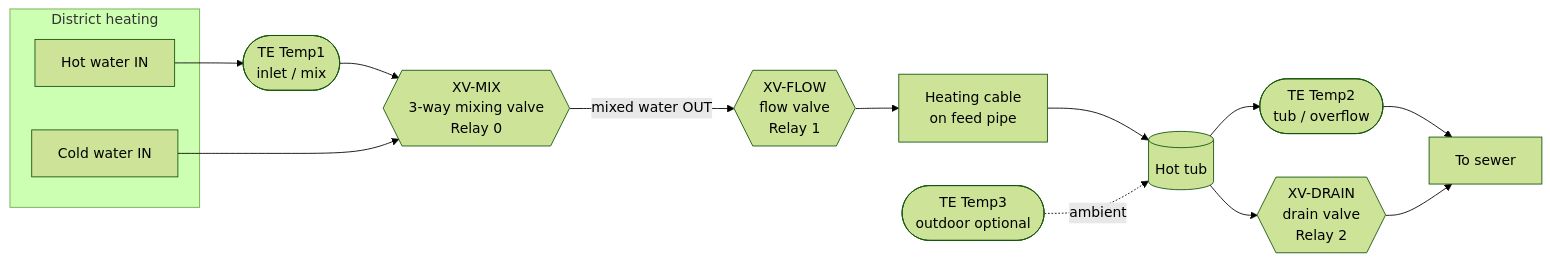
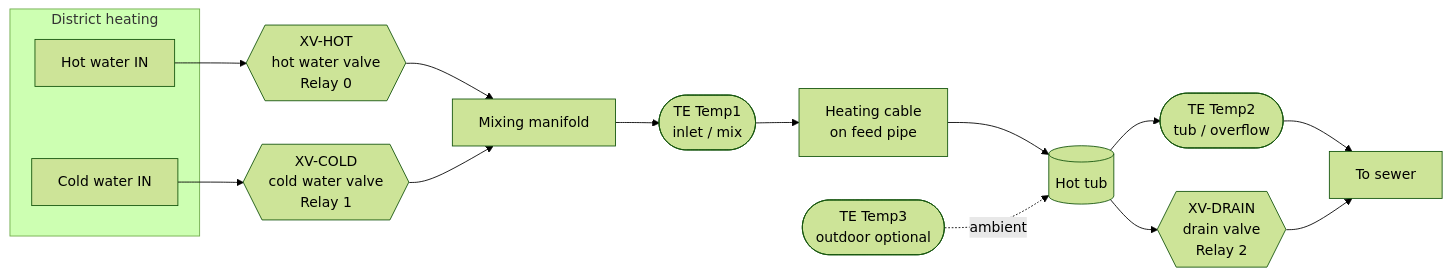
Before and after one commit to raspipcb/oddurboga-cm5-rp2350: the first of 5 diagrams in doc/diagrams.md, drawn with Mermaid (forest theme). The commit also changed other lines of this file and 3 other files, not shown here.

Commit message:
fixed relay/valve connecting

````diff
--- a/doc/diagrams.md
+++ b/doc/diagrams.md
@@ -19,24 +22,25 @@
 ```mermaid
 flowchart LR
   subgraph SUPPLY["District heating"]
     HOT["Hot water IN"]
     COLD["Cold water IN"]
   end
 
   T1(["TE Temp1<br/>inlet / mix"])
-  MIX{{"XV-MIX<br/>3-way mixing valve<br/>Relay 0"}}
-  FLOW{{"XV-FLOW<br/>flow valve<br/>Relay 1"}}
+  VH{{"XV-HOT<br/>hot water valve<br/>Relay 0"}}
+  VC{{"XV-COLD<br/>cold water valve<br/>Relay 1"}}
+  MIX["Mixing manifold"]
   HC["Heating cable<br/>on feed pipe"]
   TUB[("Hot tub")]
   T2(["TE Temp2<br/>tub / overflow"])
   DRAIN{{"XV-DRAIN<br/>drain valve<br/>Relay 2"}}
   SEWER["To sewer"]
   T3(["TE Temp3<br/>outdoor optional"])
 
-  HOT --> T1 --> MIX
-  COLD --> MIX
-  MIX -->|"mixed water OUT"| FLOW --> HC --> TUB
+  HOT --> VH --> MIX
+  COLD --> VC --> MIX
+  MIX --> T1 --> HC --> TUB
   TUB --> T2 --> SEWER
   TUB --> DRAIN --> SEWER
   T3 -.->|"ambient"| TUB
 ```
````
